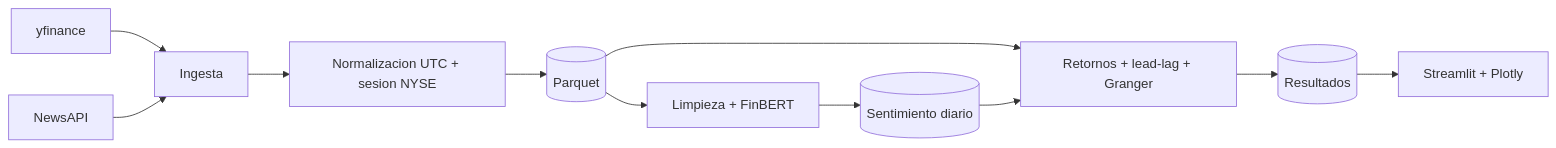
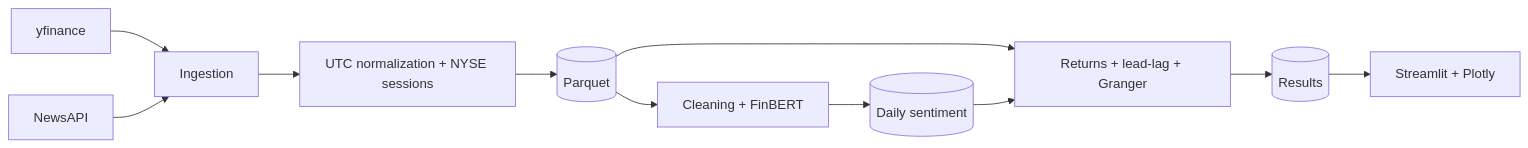
One commit to Vicctor52/Stock-Sentiment-Analysis changed the diagram in README.md. Above: the diagram before and after it, drawn with Mermaid. The commit also changed other lines of this file and 7 other files, not shown here.

````diff
--- a/README.md
+++ b/README.md
@@ -8,13 +8,13 @@
 ```mermaid
 flowchart LR
-    Y[yfinance] --> ING[Ingesta]
+    Y[yfinance] --> ING[Ingestion]
     N[NewsAPI] --> ING
-    ING --> NRM[Normalizacion UTC + sesion NYSE]
+    ING --> NRM[UTC normalization + NYSE sessions]
     NRM --> PQ[(Parquet)]
-    PQ --> NLP[Limpieza + FinBERT]
-    NLP --> DS[(Sentimiento diario)]
-    PQ --> AN[Retornos + lead-lag + Granger]
+    PQ --> NLP[Cleaning + FinBERT]
+    NLP --> DS[(Daily sentiment)]
+    PQ --> AN[Returns + lead-lag + Granger]
     DS --> AN
-    AN --> RES[(Resultados)]
+    AN --> RES[(Results)]
     RES --> DASH[Streamlit + Plotly]
 ```
````
